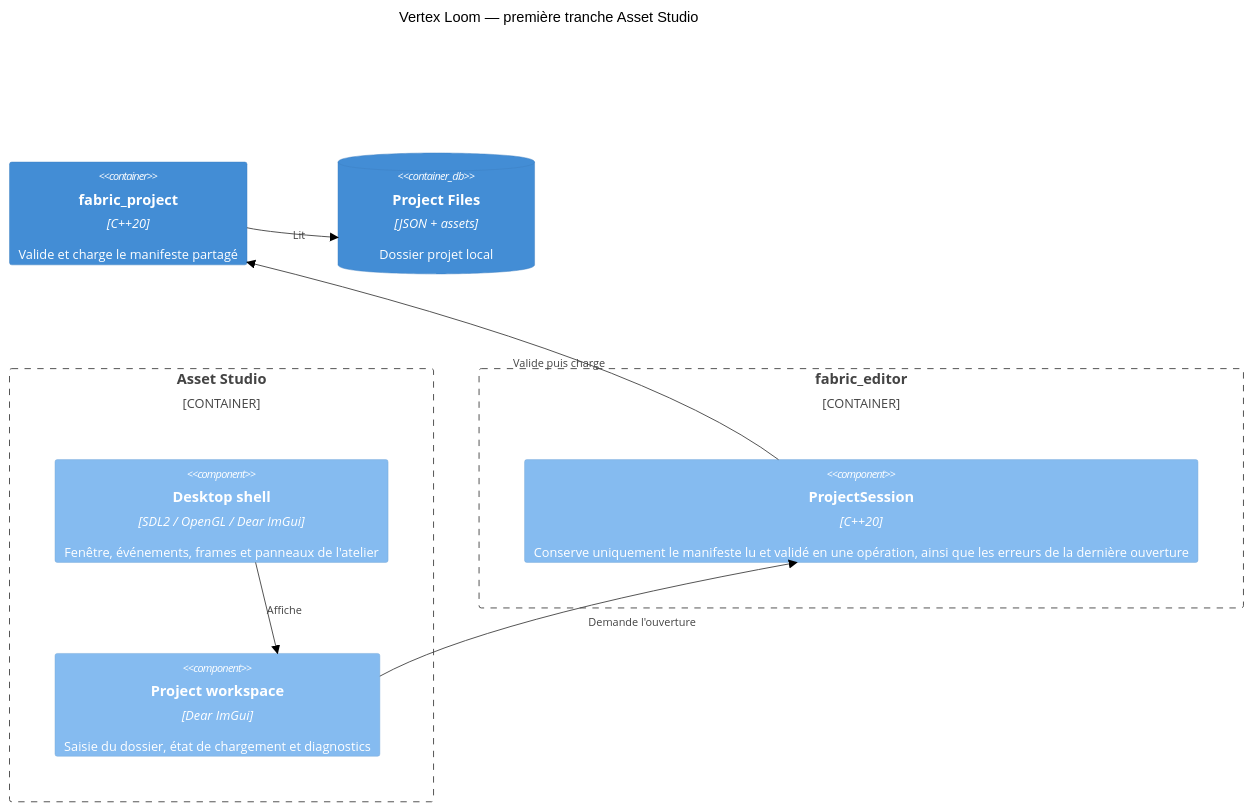
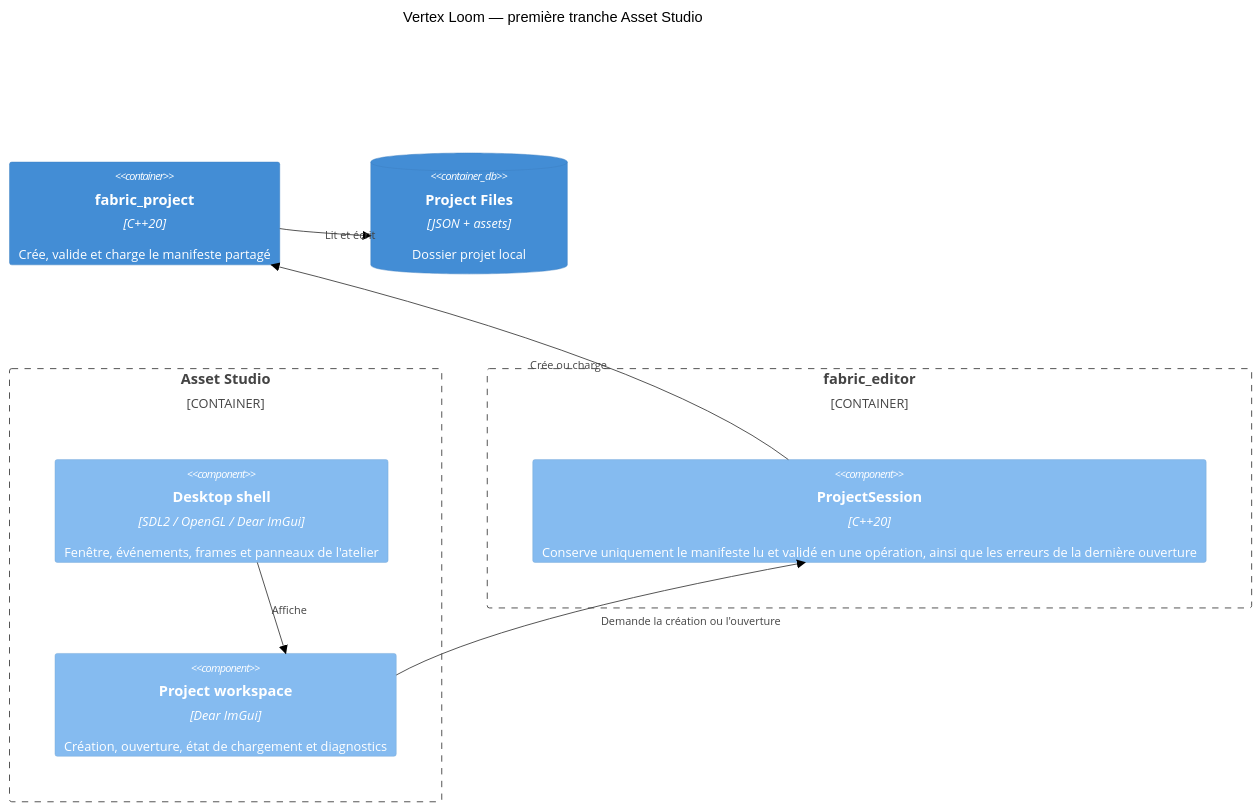
One commit to tristan-monticelli/vertex-loom changed the diagram in docs/architecture/components/editor-shell.md. Above: the diagram before and after it, drawn with Mermaid (neutral theme). The commit also changed other lines of this file and 15 other files, not shown here.

````diff
--- a/docs/architecture/components/editor-shell.md
+++ b/docs/architecture/components/editor-shell.md
@@ -3,17 +3,17 @@
 ```mermaid
 C4Component
     title Vertex Loom — première tranche Asset Studio
     Container_Boundary(asset, "Asset Studio") {
         Component(shell, "Desktop shell", "SDL2 / OpenGL / Dear ImGui", "Fenêtre, événements, frames et panneaux de l'atelier")
-        Component(project_ui, "Project workspace", "Dear ImGui", "Saisie du dossier, état de chargement et diagnostics")
+        Component(project_ui, "Project workspace", "Dear ImGui", "Création, ouverture, état de chargement et diagnostics")
     }
     Container_Boundary(editor, "fabric_editor") {
         Component(session, "ProjectSession", "C++20", "Conserve uniquement le manifeste lu et validé en une opération, ainsi que les erreurs de la dernière ouverture")
     }
-    Container(project, "fabric_project", "C++20", "Valide et charge le manifeste partagé")
+    Container(project, "fabric_project", "C++20", "Crée, valide et charge le manifeste partagé")
     ContainerDb(files, "Project Files", "JSON + assets", "Dossier projet local")
     Rel(shell, project_ui, "Affiche")
-    Rel(project_ui, session, "Demande l'ouverture")
-    Rel(session, project, "Valide puis charge")
-    Rel(project, files, "Lit")
+    Rel(project_ui, session, "Demande la création ou l'ouverture")
+    Rel(session, project, "Crée ou charge")
+    Rel(project, files, "Lit et écrit")
 ```
````
